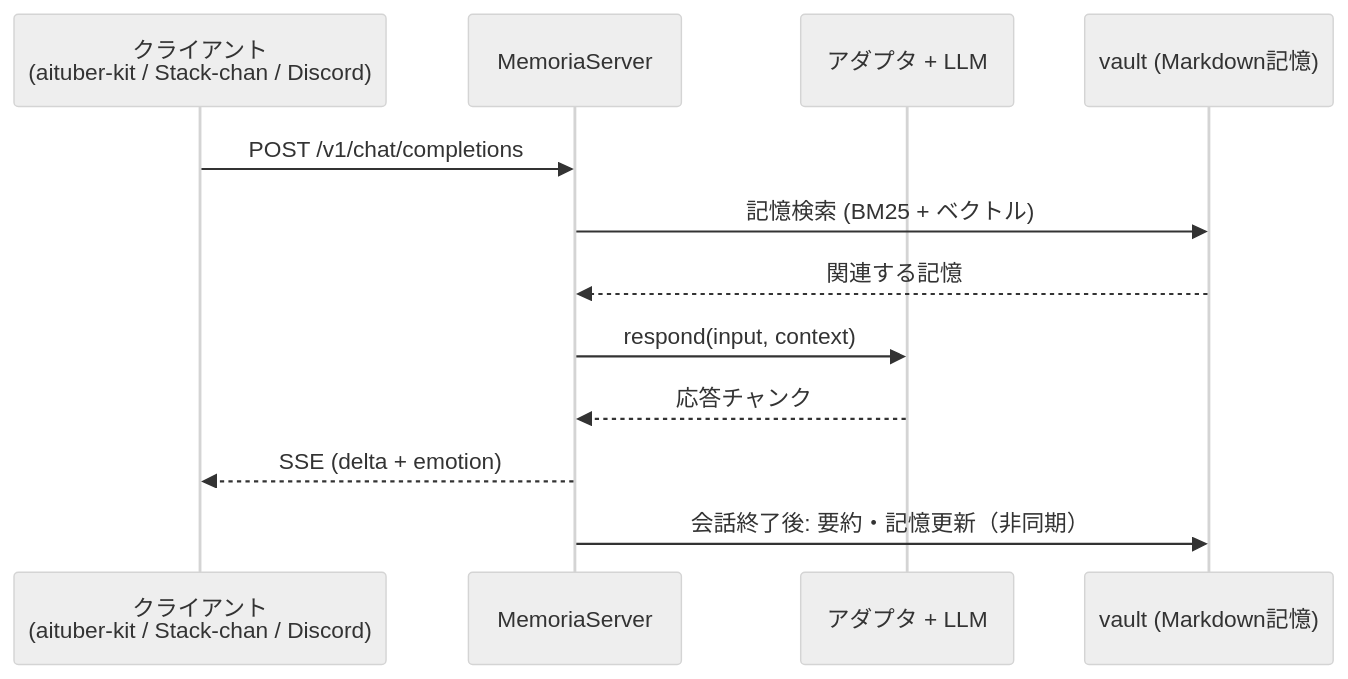
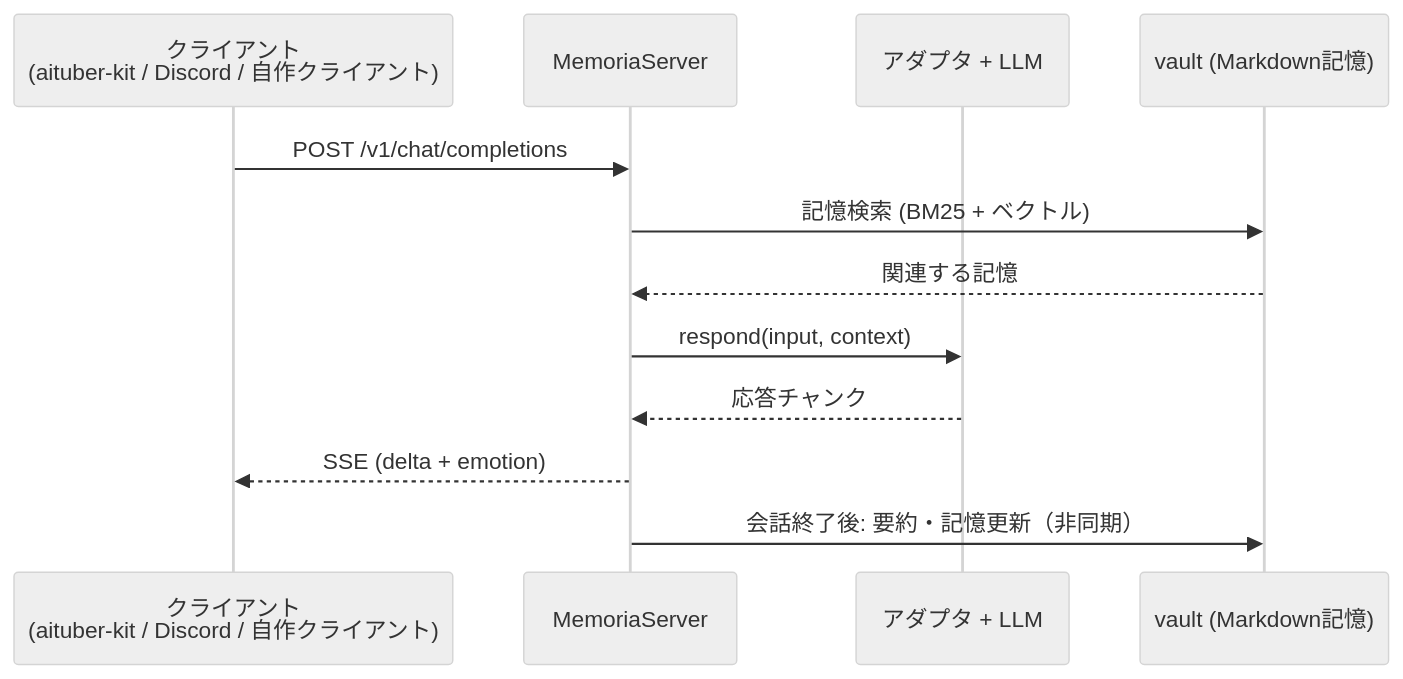
Before and after one commit to rira100000000/memoria: the diagram in README.md, drawn with Mermaid (neutral theme). The commit also changed other lines of this file, not shown here.

````diff
--- a/README.md
+++ b/README.md
@@ -9,15 +9,15 @@
 ```mermaid
 sequenceDiagram
-    participant C as クライアント<br>(aituber-kit / Stack-chan / Discord)
+    participant C as クライアント<br>(aituber-kit / Discord / 自作クライアント)
     participant MS as MemoriaServer
     participant A as アダプタ + LLM
     participant V as vault (Markdown記憶)
 
     C->>MS: POST /v1/chat/completions
     MS->>V: 記憶検索 (BM25 + ベクトル)
     V-->>MS: 関連する記憶
     MS->>A: respond(input, context)
     A-->>MS: 応答チャンク
     MS-->>C: SSE (delta + emotion)
     MS->>V: 会話終了後: 要約・記憶更新（非同期）
 ```
````
